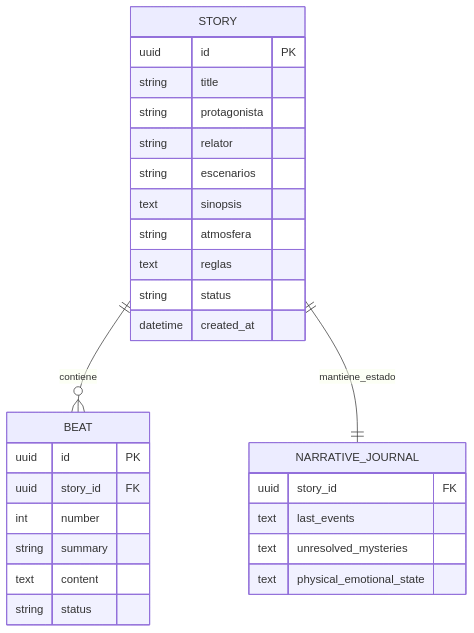
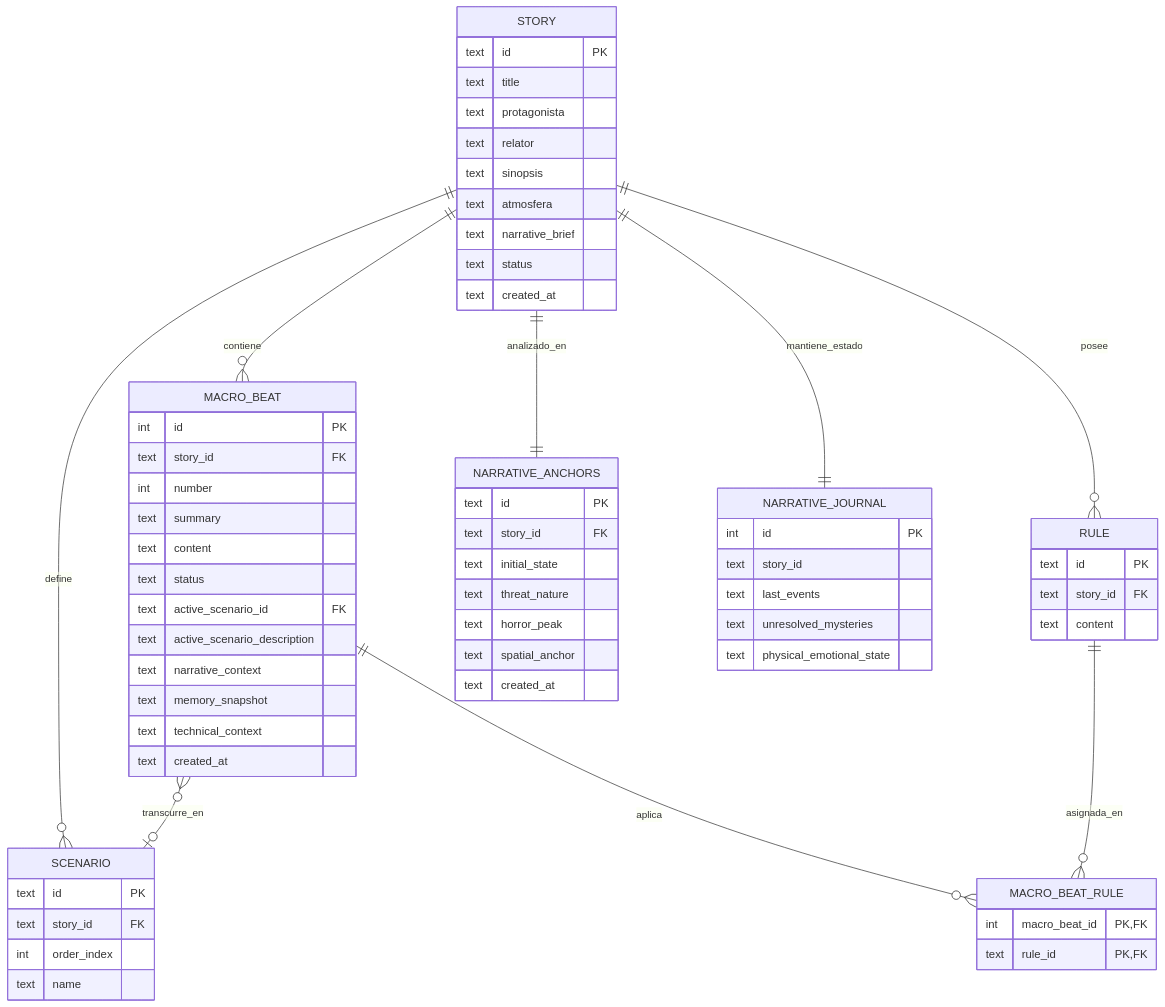
One commit to rledesma912/automated_narrative changed the fourth of 4 diagrams in README.md. Above: the diagram before and after it, drawn with Mermaid. The commit also changed other lines of this file and 71 other files, not shown here.

````diff
--- a/README.md
+++ b/README.md
@@ -164,34 +184,75 @@
 ```mermaid
 erDiagram
-    STORY ||--o{ BEAT : contiene
+    STORY ||--o{ MACRO_BEAT : contiene
+    STORY ||--o{ SCENARIO : define
+    STORY ||--o{ RULE : posee
+    STORY ||--|| NARRATIVE_ANCHORS : analizado_en
     STORY ||--|| NARRATIVE_JOURNAL : mantiene_estado
+    
+    MACRO_BEAT }o--o| SCENARIO : transcurre_en
+    MACRO_BEAT ||--o{ MACRO_BEAT_RULE : aplica
+    RULE ||--o{ MACRO_BEAT_RULE : asignada_en
 
     STORY {
-        uuid id PK
-        string title
-        string protagonista
-        string relator
-        string escenarios
+        text id PK
+        text title
+        text protagonista
+        text relator
         text sinopsis
-        string atmosfera
-        text reglas
-        string status
-        datetime created_at
+        text atmosfera
+        text narrative_brief
+        text status
+        text created_at
     }
 
-    BEAT {
-        uuid id PK
-        uuid story_id FK
+    RULE {
+        text id PK
+        text story_id FK
+        text content
+    }
+
+    SCENARIO {
+        text id PK
+        text story_id FK
+        int order_index
+        text name
+    }
+
+    NARRATIVE_ANCHORS {
+        text id PK
+        text story_id FK
+        text initial_state
+        text threat_nature
+        text horror_peak
+        text spatial_anchor
+        text created_at
+    }
+
+    MACRO_BEAT {
+        int id PK
+        text story_id FK
         int number
-        string summary
+        text summary
         text content
-        string status
+        text status
+        text active_scenario_id FK
+        text active_scenario_description
+        text narrative_context
+        text memory_snapshot
+        text technical_context
+        text created_at
+    }
+
+    MACRO_BEAT_RULE {
+        int macro_beat_id PK, FK
+        text rule_id PK, FK
     }
 
     NARRATIVE_JOURNAL {
-        uuid story_id FK
+        int id PK
+        text story_id
         text last_events
         text unresolved_mysteries
         text physical_emotional_state
     }
 ```
````
